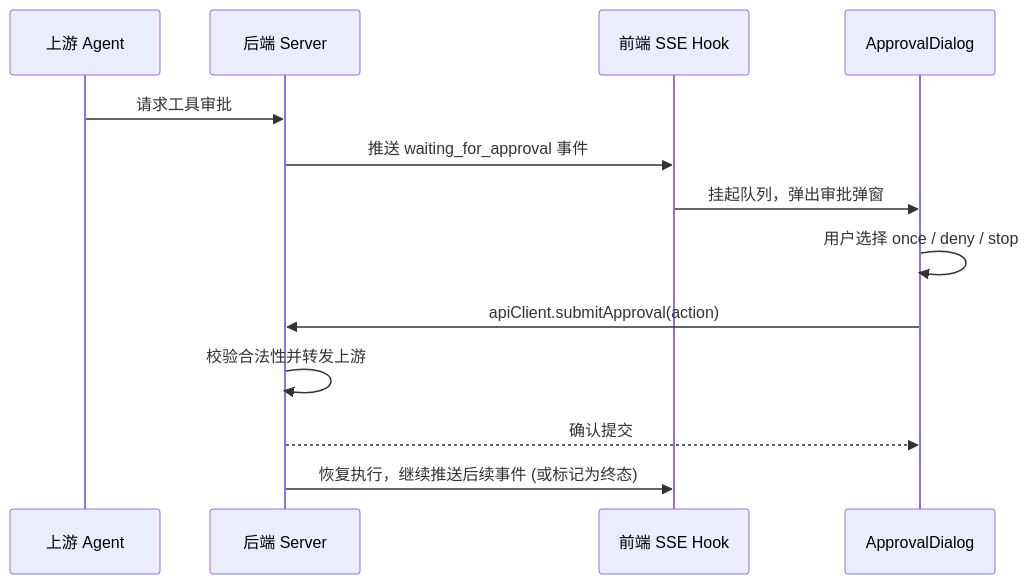
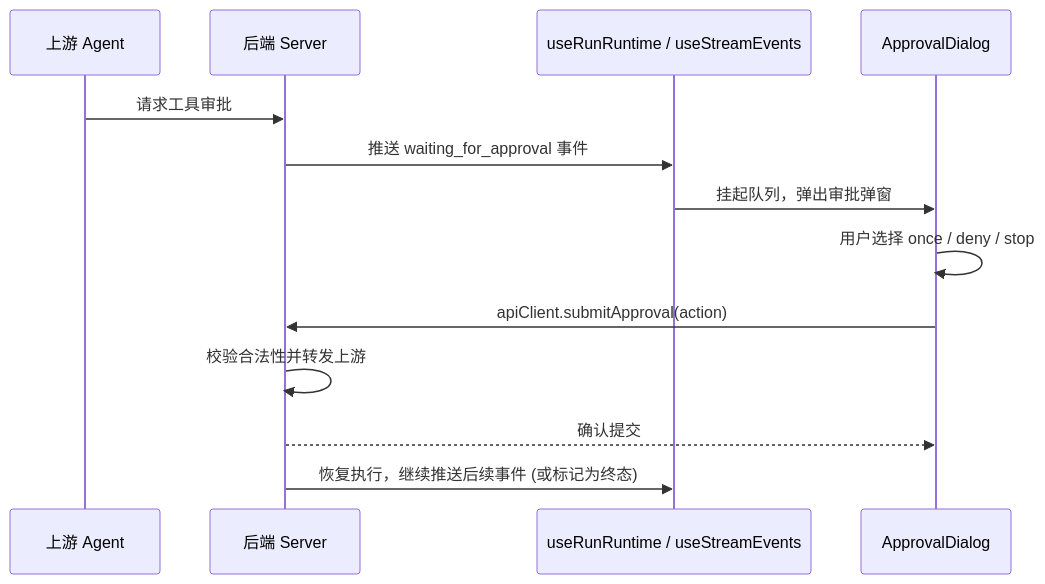
Before and after one commit to ermu03/emu-chat: the second of 7 diagrams in docs/07-data-flow.md, drawn with Mermaid. The commit also changed other lines of this file and 11 other files, not shown here.

````diff
--- a/docs/07-data-flow.md
+++ b/docs/07-data-flow.md
@@ -47,16 +55,16 @@
 ```mermaid
 sequenceDiagram
     participant Agent as 上游 Agent
     participant Backend as 后端 Server
-    participant SSE as 前端 SSE Hook
+    participant SSE as useRunRuntime / useStreamEvents
     participant Dialog as ApprovalDialog
 
     Agent->>Backend: 请求工具审批
     Backend->>SSE: 推送 waiting_for_approval 事件
     SSE->>Dialog: 挂起队列，弹出审批弹窗
     Dialog->>Dialog: 用户选择 once / deny / stop
     Dialog->>Backend: apiClient.submitApproval(action)
     Backend->>Backend: 校验合法性并转发上游
     Backend-->>Dialog: 确认提交
     Backend->>SSE: 恢复执行，继续推送后续事件 (或标记为终态)
 ```
````
